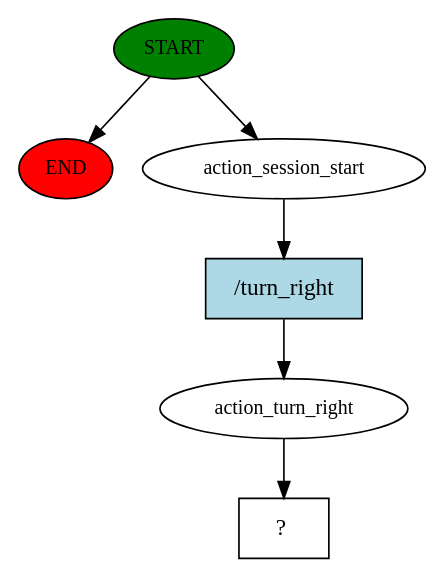
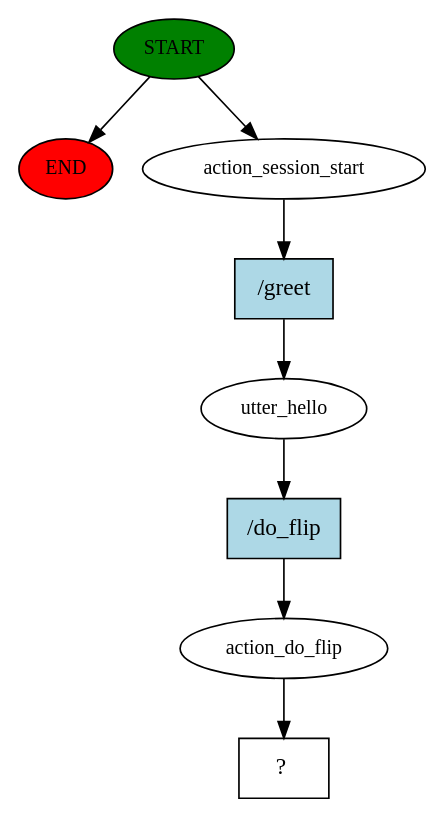
One commit to rballachay/morbius changed the diagram in data/rasa/v2_motor/story_graph.dot. Above: the diagram before and after it, drawn with Graphviz.

Commit message:
update ORBLSLAM for intel d415

```diff
--- a/data/rasa/v2_motor/story_graph.dot
+++ b/data/rasa/v2_motor/story_graph.dot
@@ -1,13 +1,17 @@
 digraph  {
 0 [class="start active", fillcolor=green, fontsize=12, label=START, style=filled];
 "-1" [class=end, fillcolor=red, fontsize=12, label=END, style=filled];
 1 [class=active, fontsize=12, label=action_session_start];
-2 [class=active, fontsize=12, label=action_turn_right];
-3 [class="intent dashed active", label="  ?  ", shape=rect];
-4 [class="intent active", fillcolor=lightblue, label="/turn_right", shape=rect, style=filled];
+2 [class=active, fontsize=12, label=utter_hello];
+3 [class=active, fontsize=12, label=action_do_flip];
+4 [class="intent dashed active", label="  ?  ", shape=rect];
+5 [class="intent active", fillcolor=lightblue, label="/greet", shape=rect, style=filled];
+6 [class="intent active", fillcolor=lightblue, label="/do_flip", shape=rect, style=filled];
 0 -> "-1"  [class="", key=NONE, label=""];
 0 -> 1  [class=active, key=NONE, label=""];
-1 -> 4  [class=active, key=0];
-2 -> 3  [class=active, key=NONE, label=""];
-4 -> 2  [class=active, key=0];
+1 -> 5  [class=active, key=0];
+2 -> 6  [class=active, key=0];
+3 -> 4  [class=active, key=NONE, label=""];
+5 -> 2  [class=active, key=0];
+6 -> 3  [class=active, key=0];
 }
```
